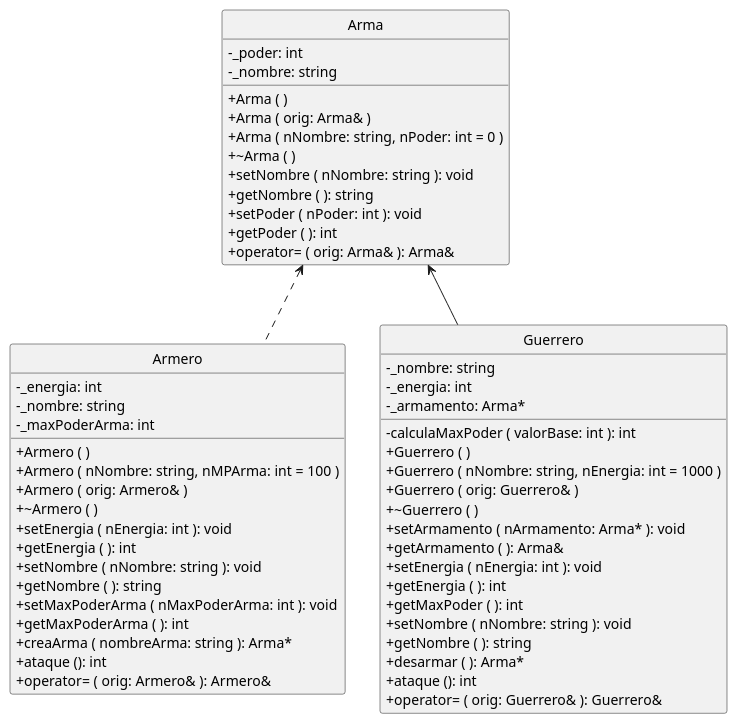
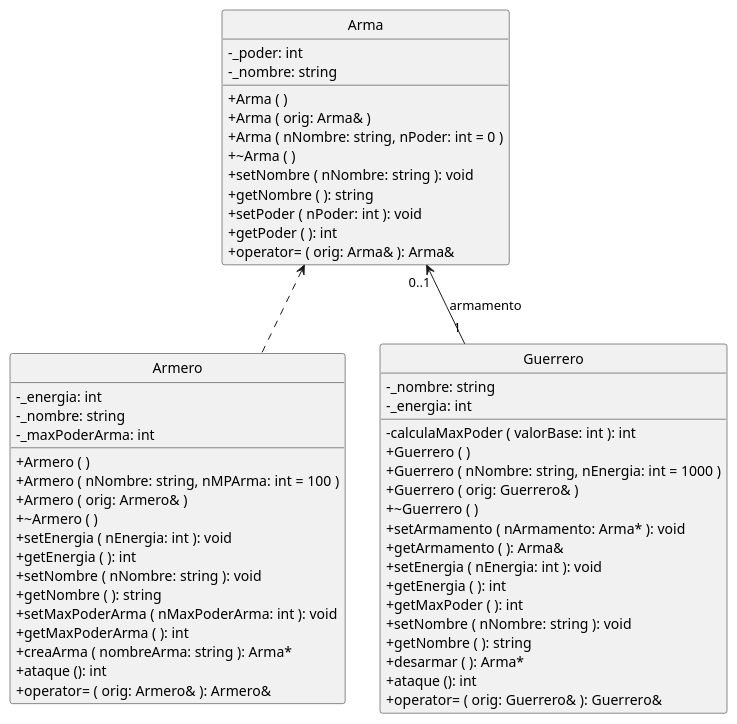
The diagram in Tema_3/T_3_1/diagramaT_3_1.puml (POOUJA/teoria), drawn with PlantUML before and after one commit. The commit also changed 7 other files, not shown here.

```diff
--- a/Tema_3/T_3_1/diagramaT_3_1.puml
+++ b/Tema_3/T_3_1/diagramaT_3_1.puml
@@ -1,63 +1,62 @@
 @startuml
 hide circle
 skinparam monochrome true
 skinparam classAttributeIconSize 0
 
 Arma <.. Armero
-Arma <-- Guerrero
+Arma "0..1" <-- "1" Guerrero: armamento
 
 Class Guerrero {
    - _nombre: string
    - _energia: int
-   - _armamento: Arma*
    - calculaMaxPoder ( valorBase: int ): int
    + Guerrero ( )
    + Guerrero ( nNombre: string, nEnergia: int = 1000 )
    + Guerrero ( orig: Guerrero& )
    + ~Guerrero ( )
    + setArmamento ( nArmamento: Arma* ): void
    + getArmamento ( ): Arma&
    + setEnergia ( nEnergia: int ): void
    + getEnergia ( ): int
    + getMaxPoder ( ): int
    + setNombre ( nNombre: string ): void
    + getNombre ( ): string
    + desarmar ( ): Arma*
    + ataque (): int
    + operator= ( orig: Guerrero& ): Guerrero&
 }
 
 Class Arma {
    - _poder: int
    - _nombre: string
    + Arma ( )
    + Arma ( orig: Arma& )
    + Arma ( nNombre: string, nPoder: int = 0 )
    + ~Arma ( )
    + setNombre ( nNombre: string ): void
    + getNombre ( ): string
    + setPoder ( nPoder: int ): void
    + getPoder ( ): int
    + operator= ( orig: Arma& ): Arma&
 }
 
 Class Armero {
    - _energia: int
    - _nombre: string
    - _maxPoderArma: int
    + Armero ( )
    + Armero ( nNombre: string, nMPArma: int = 100 )
    + Armero ( orig: Armero& )
    + ~Armero ( )
    + setEnergia ( nEnergia: int ): void
    + getEnergia ( ): int
    + setNombre ( nNombre: string ): void
    + getNombre ( ): string
    + setMaxPoderArma ( nMaxPoderArma: int ): void
    + getMaxPoderArma ( ): int
    + creaArma ( nombreArma: string ): Arma*
    + ataque (): int
    + operator= ( orig: Armero& ): Armero&
 }
 
 @enduml
```
